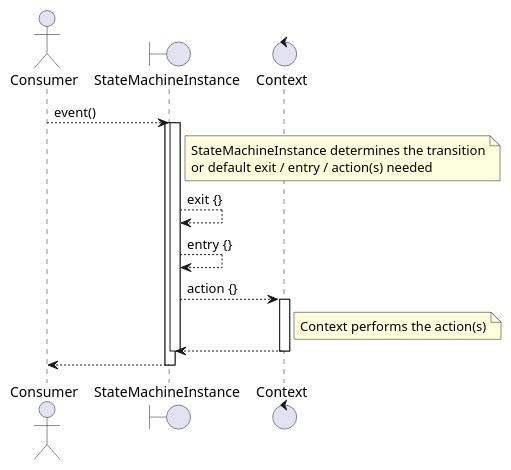
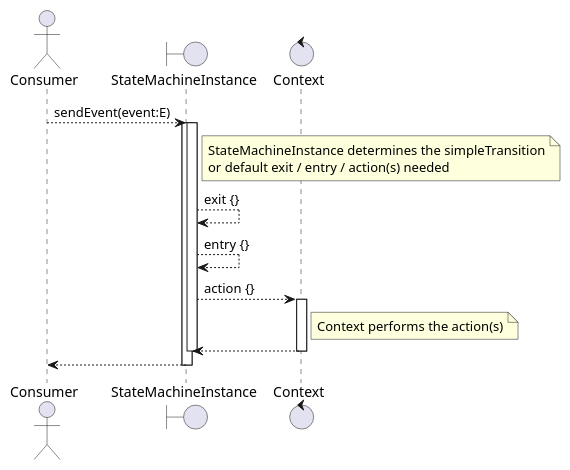
Before and after one commit to open-jumpco/kfsm: the diagram in src/doc/plantuml/statemachine_sequence.plantuml, drawn with PlantUML. The commit also changed 18 other files, not shown here.

Commit message:
renamed `event` to `on` in DSL and `event` to `sendEvent` on `StateMachineInstance` added details tests that include tests for `guard`

```diff
--- a/src/doc/plantuml/statemachine_sequence.plantuml
+++ b/src/doc/plantuml/statemachine_sequence.plantuml
@@ -1,27 +1,27 @@
 @startuml
 
 actor Consumer
 boundary StateMachineInstance
 control Context
 
-Consumer ----> StateMachineInstance : event()
+Consumer ----> StateMachineInstance : sendEvent(event:E)
 
     activate StateMachineInstance
     note right of StateMachineInstance
-        StateMachineInstance determines the transition
+        StateMachineInstance determines the simpleTransition
         or default exit / entry / action(s) needed
     end note
     activate StateMachineInstance
     StateMachineInstance ----> StateMachineInstance : exit {}
     StateMachineInstance ----> StateMachineInstance : entry {}
     StateMachineInstance ----> Context : action {}
     activate Context
     note right of Context
         Context performs the action(s)
     end note
     Context ---->  StateMachineInstance
     deactivate Context
     deactivate StateMachineInstance
     return
 
 @enduml
```
